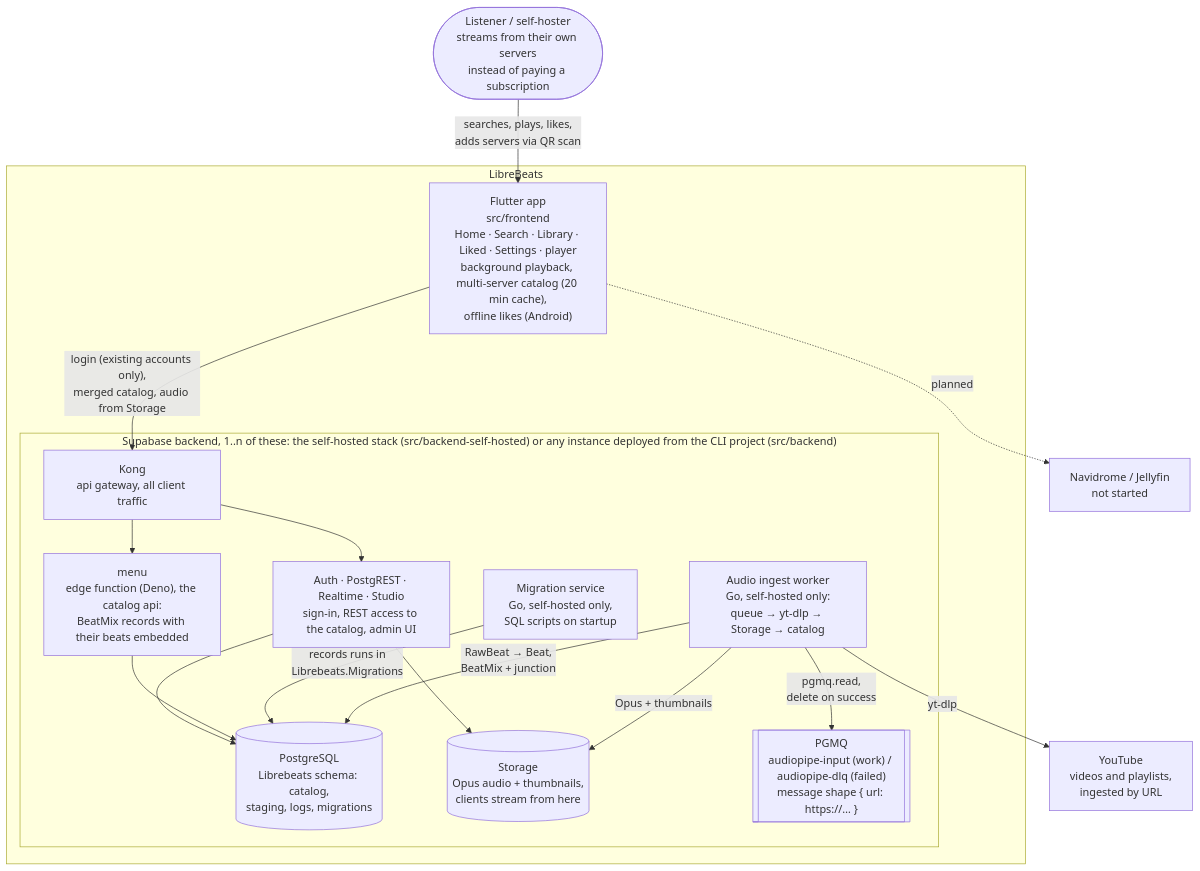
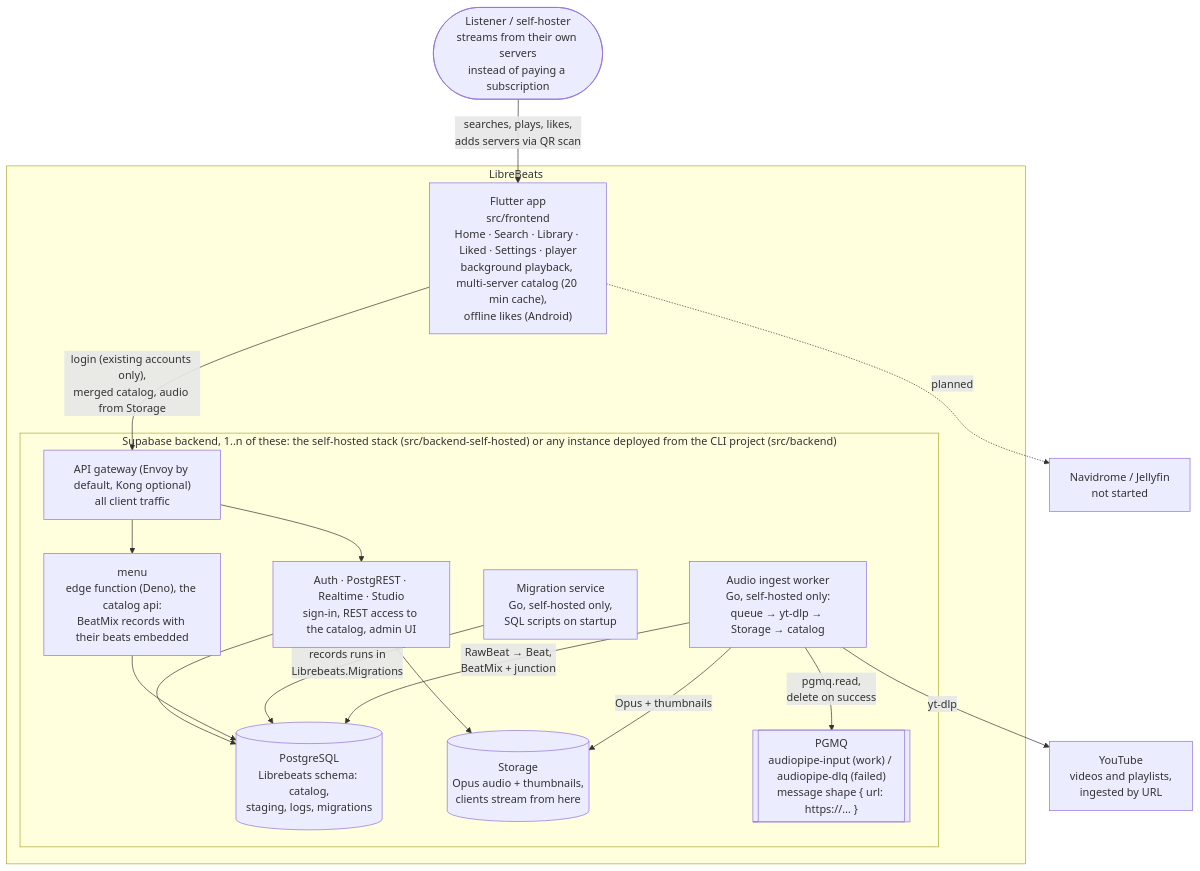
The first of 4 diagrams in README.md (DutchJavaDev/LibreBeats), drawn with Mermaid before and after one commit. The commit also changed other lines of this file, not shown here.

````diff
--- a/README.md
+++ b/README.md
@@ -33,36 +33,36 @@
 ```mermaid
 flowchart TD
     listener(["Listener / self-hoster<br/>streams from their own servers<br/>instead of paying a subscription"])
 
     subgraph system["LibreBeats"]
         app["Flutter app<br/>src/frontend<br/>Home · Search · Library · Liked · Settings · player<br/>background playback, multi-server catalog (20 min cache),<br/>offline likes (Android)"]
 
         subgraph backend["Supabase backend, 1..n of these: the self-hosted stack (src/backend-self-hosted) or any instance deployed from the CLI project (src/backend)"]
-            kong["Kong<br/>api gateway, all client traffic"]
+            kong["API gateway (Envoy by default, Kong optional)<br/>all client traffic"]
             svcs["Auth · PostgREST · Realtime · Studio<br/>sign-in, REST access to the catalog, admin UI"]
             menu["menu<br/>edge function (Deno), the catalog api:<br/>BeatMix records with their beats embedded"]
             db[("PostgreSQL<br/>Librebeats schema: catalog,<br/>staging, logs, migrations")]
             storage[("Storage<br/>Opus audio + thumbnails,<br/>clients stream from here")]
             pgmq[["PGMQ<br/>audiopipe-input (work) / audiopipe-dlq (failed)<br/>message shape { url: https://… }"]]
             migration["Migration service<br/>Go, self-hosted only,<br/>SQL scripts on startup"]
             audio["Audio ingest worker<br/>Go, self-hosted only:<br/>queue → yt-dlp → Storage → catalog"]
         end
     end
 
     yt["YouTube<br/>videos and playlists,<br/>ingested by URL"]
     ext["Navidrome / Jellyfin<br/>not started"]
 
     listener -- "searches, plays, likes,<br/>adds servers via QR scan" --> app
     app -- "login (existing accounts only),<br/>merged catalog, audio from Storage" --> kong
     kong --> svcs
     kong --> menu
     svcs --> db
     svcs --> storage
     menu --> db
     migration -- "records runs in<br/>Librebeats.Migrations" --> db
     audio -- "pgmq.read,<br/>delete on success" --> pgmq
     audio -- "Opus + thumbnails" --> storage
     audio -- "RawBeat → Beat,<br/>BeatMix + junction" --> db
     audio -- "yt-dlp" --> yt
     app -. "planned" .-> ext
 ```
````
